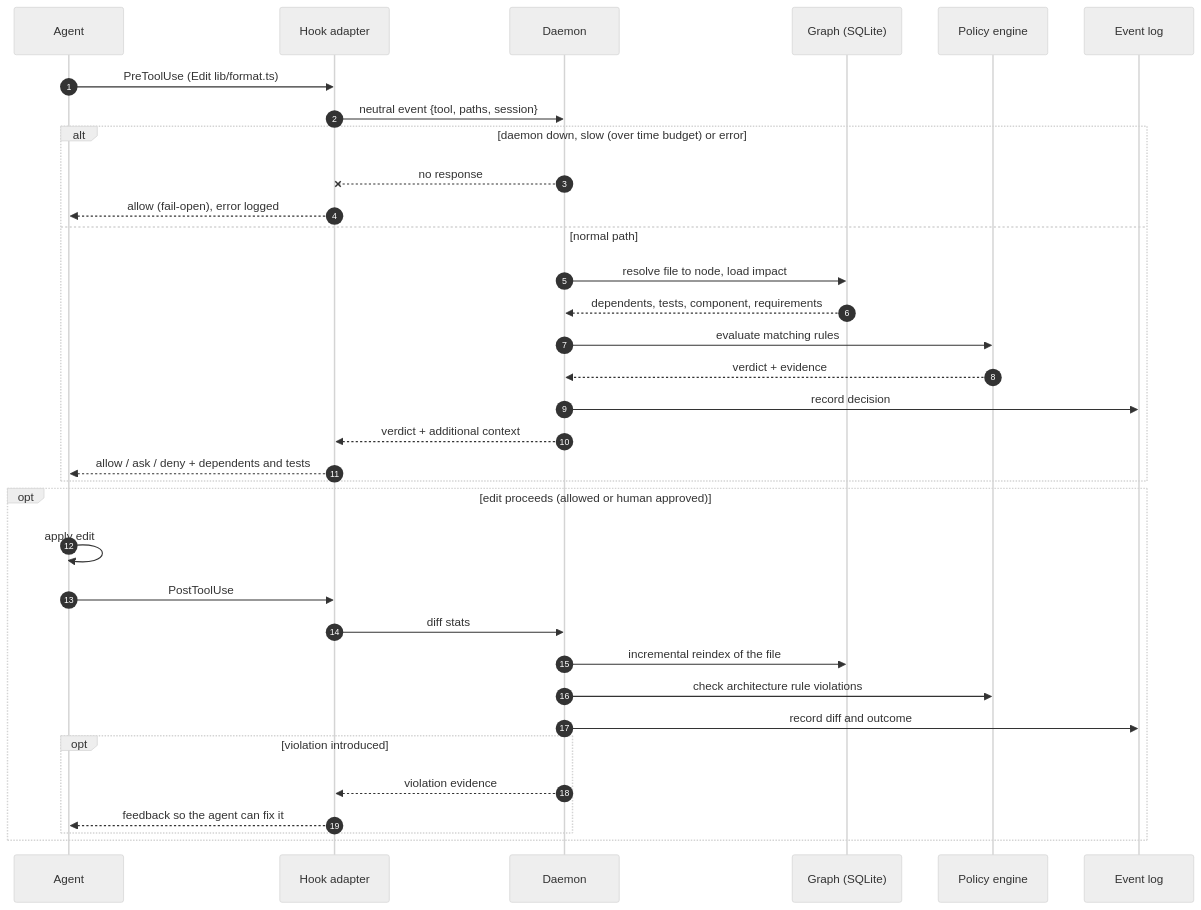
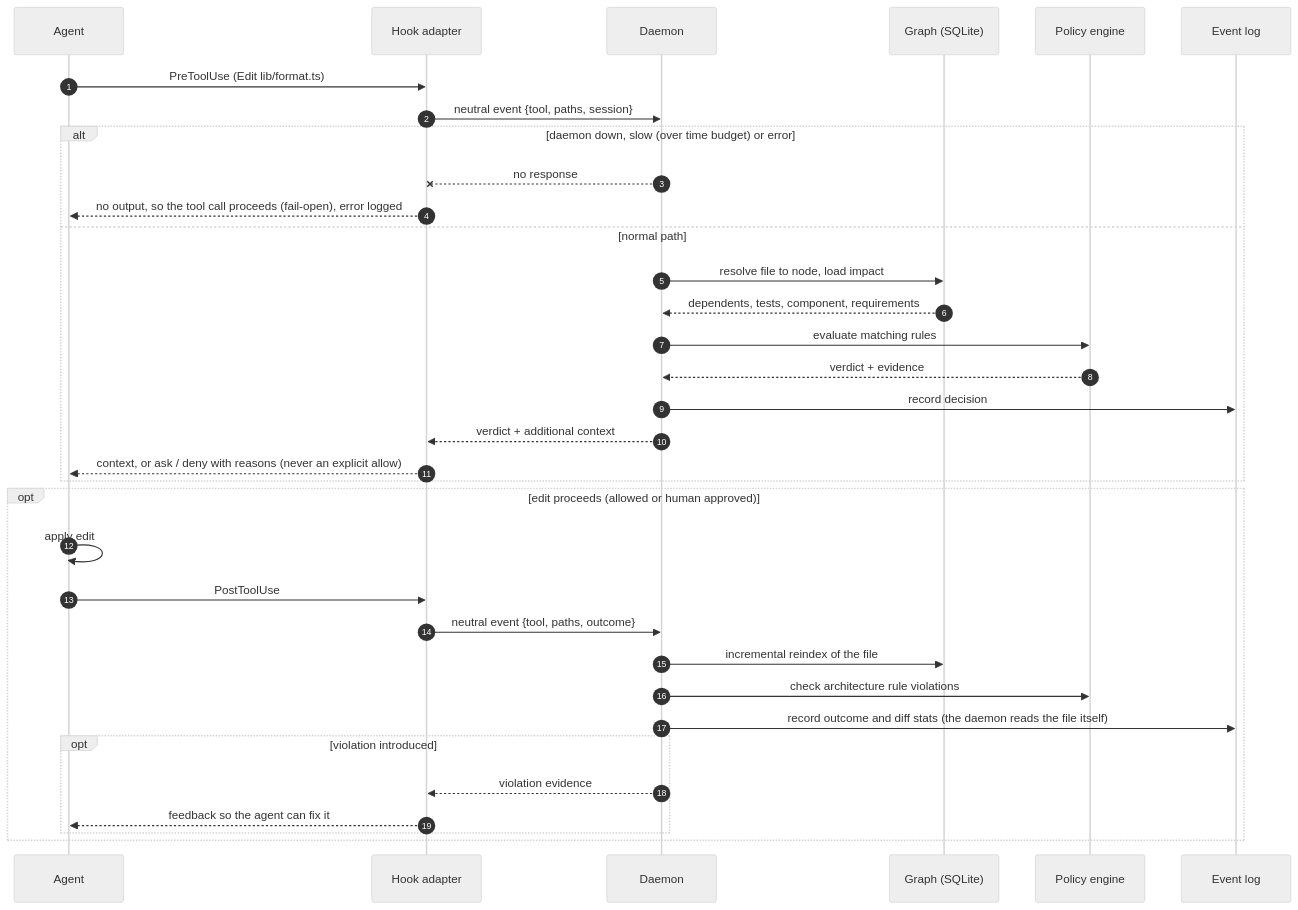
The second of 8 diagrams in docs/DIAGRAMS.md (donpham7/catenet), drawn with Mermaid (neutral theme) before and after one commit. The commit also changed other lines of this file and 63 other files, not shown here.

````diff
--- a/docs/DIAGRAMS.md
+++ b/docs/DIAGRAMS.md
@@ -81,39 +81,39 @@
 ```mermaid
 sequenceDiagram
   autonumber
   participant A as Agent
   participant H as Hook adapter
   participant D as Daemon
   participant G as Graph (SQLite)
   participant P as Policy engine
   participant E as Event log
 
   A->>H: PreToolUse (Edit lib/format.ts)
   H->>D: neutral event {tool, paths, session}
 
   alt daemon down, slow (over time budget) or error
     D--xH: no response
-    H-->>A: allow (fail-open), error logged
+    H-->>A: no output, so the tool call proceeds (fail-open), error logged
   else normal path
     D->>G: resolve file to node, load impact
     G-->>D: dependents, tests, component, requirements
     D->>P: evaluate matching rules
     P-->>D: verdict + evidence
     D->>E: record decision
     D-->>H: verdict + additional context
-    H-->>A: allow / ask / deny + dependents and tests
+    H-->>A: context, or ask / deny with reasons (never an explicit allow)
   end
 
   opt edit proceeds (allowed or human approved)
     A->>A: apply edit
     A->>H: PostToolUse
-    H->>D: diff stats
+    H->>D: neutral event {tool, paths, outcome}
     D->>G: incremental reindex of the file
     D->>P: check architecture rule violations
-    D->>E: record diff and outcome
+    D->>E: record outcome and diff stats (the daemon reads the file itself)
     opt violation introduced
       D-->>H: violation evidence
       H-->>A: feedback so the agent can fix it
     end
   end
 ```
````
